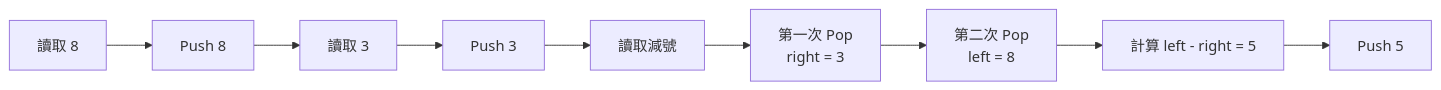
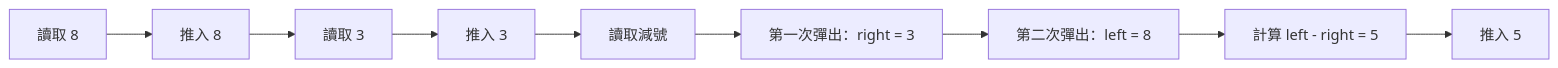
One commit to davidchen0970/algorithm_note changed the eighth of 16 diagrams in 02_data_structures/08_stack.md. Above: the diagram before and after it, drawn with Mermaid. The commit also changed other lines of this file and 2 other files, not shown here.

````diff
--- a/02_data_structures/08_stack.md
+++ b/02_data_structures/08_stack.md
@@ -605,11 +630,11 @@
 ```mermaid
 flowchart LR
-    A[讀取 8] --> B[Push 8]
-    B --> C[讀取 3]
-    C --> D[Push 3]
-    D --> E[讀取減號]
-    E --> F[第一次 Pop<br/>right = 3]
-    F --> G[第二次 Pop<br/>left = 8]
-    G --> H[計算 left - right = 5]
-    H --> I[Push 5]
+    A["讀取 8"] --> B["推入 8"]
+    B --> C["讀取 3"]
+    C --> D["推入 3"]
+    D --> E["讀取減號"]
+    E --> F["第一次彈出：right = 3"]
+    F --> G["第二次彈出：left = 8"]
+    G --> H["計算 left - right = 5"]
+    H --> I["推入 5"]
 ```
````
